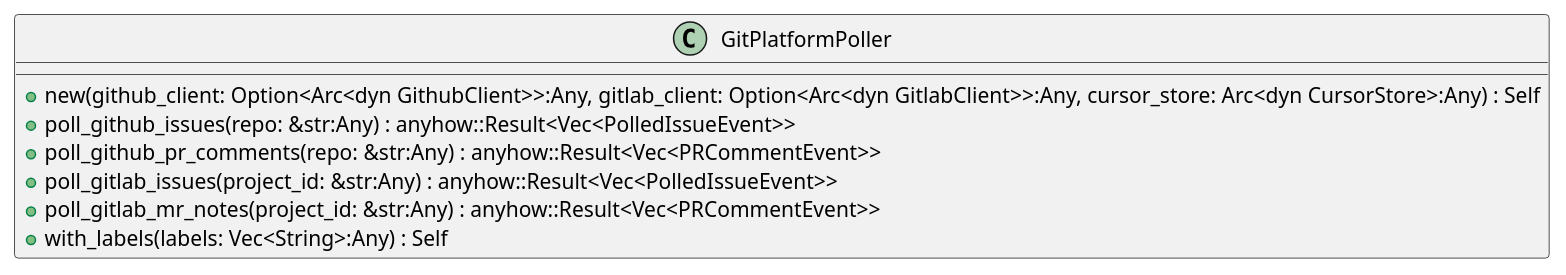
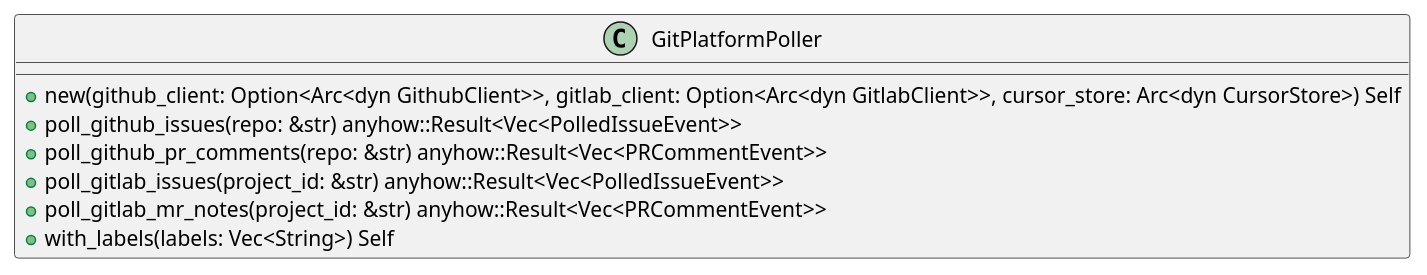
Before and after one commit to lgcorzo/rust_CACD_autonomous_factory: the first of 6 diagrams in openwiki/crates_factory_infrastructure_src_git_poller.md, drawn with PlantUML. The commit also changed other lines of this file and 97 other files, not shown here.

First line of the commit message:
Fix Rust AST parsing for method and function parameters, and update OKF UML frontmatter

````diff
--- a/openwiki/crates_factory_infrastructure_src_git_poller.md
+++ b/openwiki/crates_factory_infrastructure_src_git_poller.md
@@ -226,13 +231,13 @@
 ```plantuml
 @startuml
 class GitPlatformPoller {
-    +new(github_client: Option<Arc<dyn GithubClient>>:Any, gitlab_client: Option<Arc<dyn GitlabClient>>:Any, cursor_store: Arc<dyn CursorStore>:Any) : Self
-    +poll_github_issues(repo: &str:Any) : anyhow::Result<Vec<PolledIssueEvent>>
-    +poll_github_pr_comments(repo: &str:Any) : anyhow::Result<Vec<PRCommentEvent>>
-    +poll_gitlab_issues(project_id: &str:Any) : anyhow::Result<Vec<PolledIssueEvent>>
-    +poll_gitlab_mr_notes(project_id: &str:Any) : anyhow::Result<Vec<PRCommentEvent>>
-    +with_labels(labels: Vec<String>:Any) : Self
+    +new(github_client: Option<Arc<dyn GithubClient>>, gitlab_client: Option<Arc<dyn GitlabClient>>, cursor_store: Arc<dyn CursorStore>) Self
+    +poll_github_issues(repo: &str) anyhow::Result<Vec<PolledIssueEvent>>
+    +poll_github_pr_comments(repo: &str) anyhow::Result<Vec<PRCommentEvent>>
+    +poll_gitlab_issues(project_id: &str) anyhow::Result<Vec<PolledIssueEvent>>
+    +poll_gitlab_mr_notes(project_id: &str) anyhow::Result<Vec<PRCommentEvent>>
+    +with_labels(labels: Vec<String>) Self
 }
 @enduml
 
 ```
````
